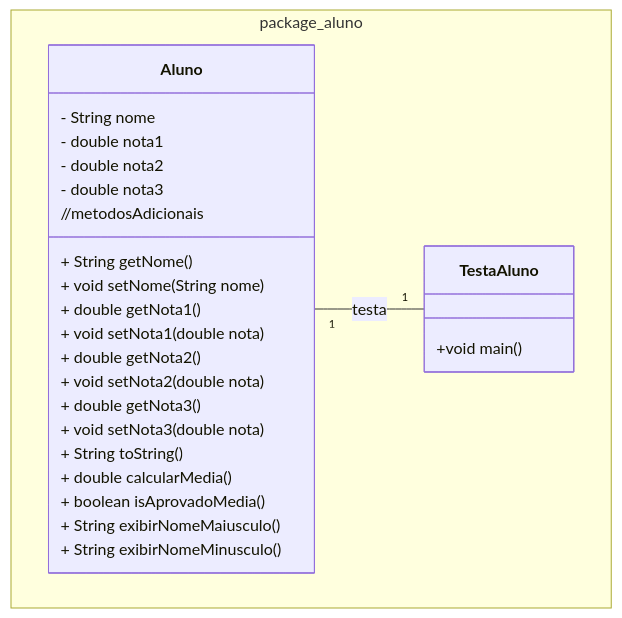
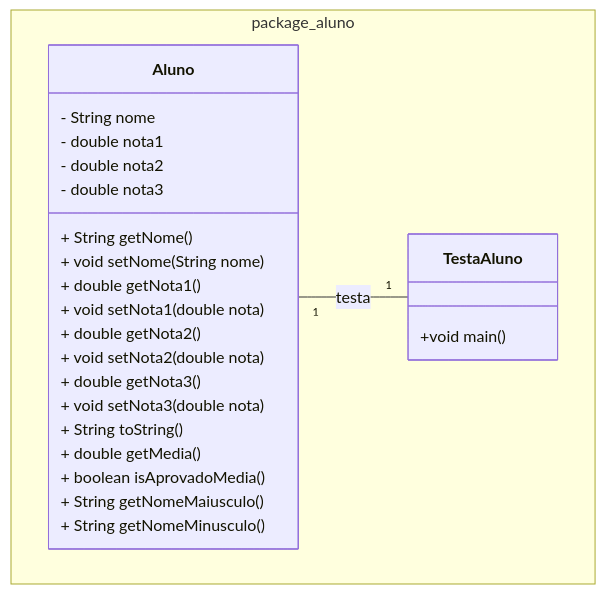
Before and after one commit to ap3ufersa/ap3_2024.3_xicoArruda: the diagram in unidade1/aula3.md, drawn with Mermaid. The commit also changed 1 other file, not shown here.

Commit message:
Atualizando aula 3 e aula 4

````diff
--- a/unidade1/aula3.md
+++ b/unidade1/aula3.md
@@ -17,30 +17,29 @@
 ```mermaid
 classDiagram
     namespace package_aluno {
         class Aluno {
             - String nome
             - double nota1
             - double nota2
             - double nota3
             + String getNome()
             + void setNome(String nome)
             + double getNota1()
             + void setNota1(double nota)
             + double getNota2()
             + void setNota2(double nota)
             + double getNota3()
             + void setNota3(double nota)
             + String toString()
-            //metodosAdicionais
-            + double calcularMedia()
+            + double getMedia()
             + boolean isAprovadoMedia()
-            + String exibirNomeMaiusculo()
-            + String exibirNomeMinusculo()
+            + String getNomeMaiusculo()
+            + String getNomeMinusculo()
         }
 
         class TestaAluno {
             +void main()
         }
     }
     Aluno "1" -- "1" TestaAluno : testa
 ```
````
